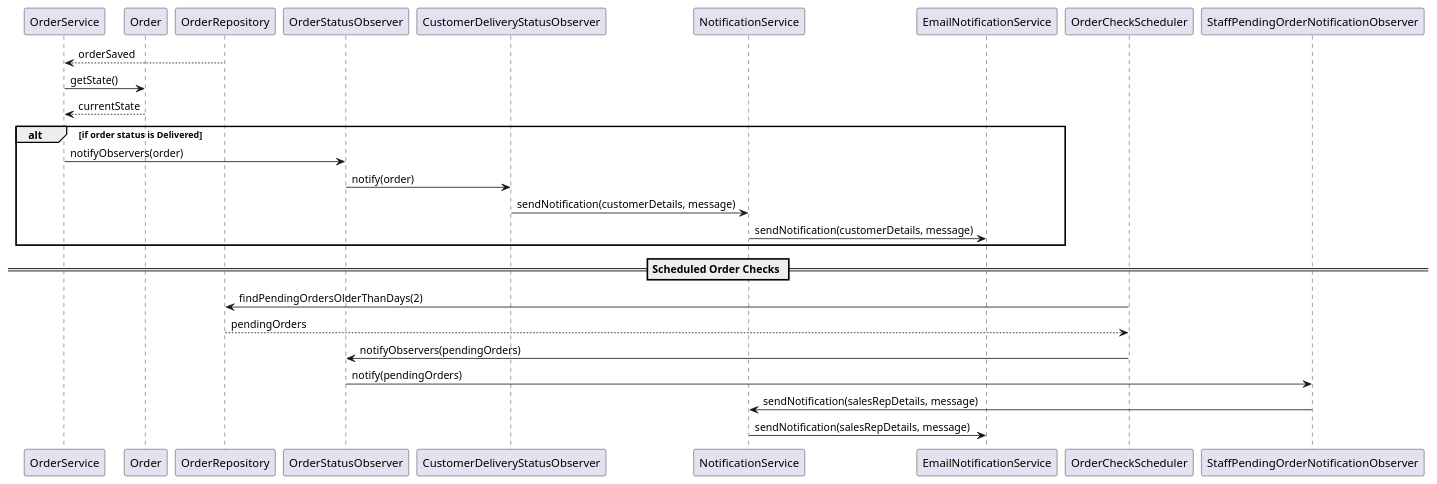
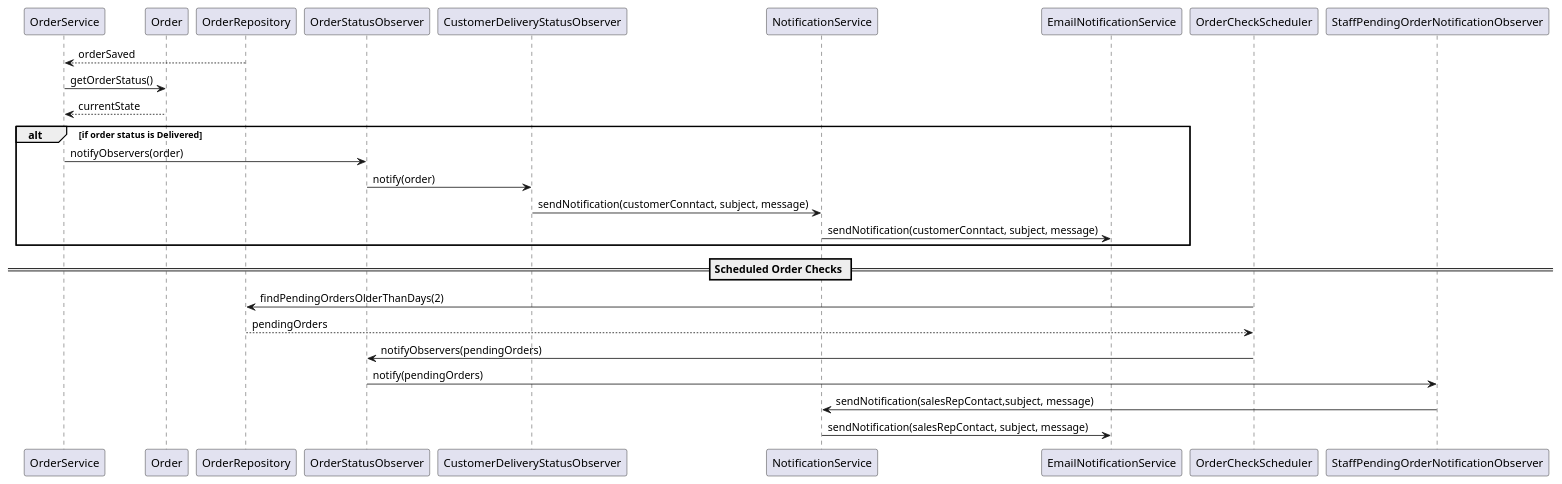
The diagram in doc/Sale Orders/DeliveryAlertSeqDiagram.plantuml (ncs-dpung/NUSISS-PracticeModule1), drawn with PlantUML before and after one commit. The commit also changed 3 other files, not shown here.

```diff
--- a/doc/Sale Orders/DeliveryAlertSeqDiagram.plantuml
+++ b/doc/Sale Orders/DeliveryAlertSeqDiagram.plantuml
@@ -1,52 +1,57 @@
-@startuml Delivery Alert 
+@startuml Order Update
 ' actor User as "SalesRep / Inventory Manager"
 ' participant "OrderController" as Controller
 participant "OrderService" as ServiceInterface
 ' participant "OrderUpdateStrategy" as StrategyInterface
 ' participant "PendingOrderUpdateStrategy" as PendingStrategy
 ' participant "ProcessedOrderUpdateStrategy" as ProcessedStrategy
+' participant "DeliveredOrderUpdateStrategy" as DeliveredStrategy
 participant "Order" as OrderEntity
 participant "OrderRepository" as Repo
 participant "OrderStatusObserver" as ObserverInterface
 participant "CustomerDeliveryStatusObserver" as DeliveryObserver
 participant "NotificationService" as NotificationInterface
 participant "EmailNotificationService" as Notification
 participant "OrderCheckScheduler" as Scheduler
 participant "StaffPendingOrderNotificationObserver" as PendingObserver
 
-' User -> Controller : updateOrder(orderId, orderDetails)
-' Controller -> ServiceInterface : updateOrder(orderId, orderDetails)
-' ServiceInterface -> OrderEntity : getState()
+' User -> Controller : updateOrder(orderId, orderDto)
+' Controller -> ServiceInterface : updateOrder(orderId, orderDto)
+' ServiceInterface -> OrderEntity : getOrderStatus()
 ' OrderEntity --> ServiceInterface : currentState
 
 ' alt if state is Pending
 '     ServiceInterface -> StrategyInterface : getStrategy(currentState)
 '     StrategyInterface -> PendingStrategy : updateOrder(order, orderDto)
 '     PendingStrategy -> Repo : save(order)
 ' else if state is Processed
 '     ServiceInterface -> StrategyInterface : getStrategy(currentState)
 '     StrategyInterface -> ProcessedStrategy : updateOrder(order, orderDto)
 '     ProcessedStrategy -> Repo : save(order)
+' else if state is Delivered
+'     ServiceInterface -> StrategyInterface : getStrategy(currentState)
+'     StrategyInterface -> DeliveredStrategy : updateOrder(order, orderDto)
 ' end
+
 Repo --> ServiceInterface : orderSaved
-ServiceInterface -> OrderEntity : getState()
+ServiceInterface -> OrderEntity : getOrderStatus()
 OrderEntity --> ServiceInterface : currentState
 
 alt if order status is Delivered
     ServiceInterface -> ObserverInterface : notifyObservers(order)
     ObserverInterface -> DeliveryObserver : notify(order)
-    DeliveryObserver -> NotificationInterface : sendNotification(customerDetails, message)
-    NotificationInterface -> Notification : sendNotification(customerDetails, message)
+    DeliveryObserver -> NotificationInterface : sendNotification(customerConntact, subject, message)
+    NotificationInterface -> Notification : sendNotification(customerConntact, subject, message)
 end
 
 == Scheduled Order Checks ==
 
 Scheduler -> Repo : findPendingOrdersOlderThanDays(2)
 Repo --> Scheduler : pendingOrders
 Scheduler -> ObserverInterface : notifyObservers(pendingOrders)
 ObserverInterface -> PendingObserver : notify(pendingOrders)
-PendingObserver -> NotificationInterface : sendNotification(salesRepDetails, message)
-NotificationInterface -> Notification : sendNotification(salesRepDetails, message)
+PendingObserver -> NotificationInterface : sendNotification(salesRepContact,subject, message)
+NotificationInterface -> Notification : sendNotification(salesRepContact, subject, message)
 
 
 @enduml
```
